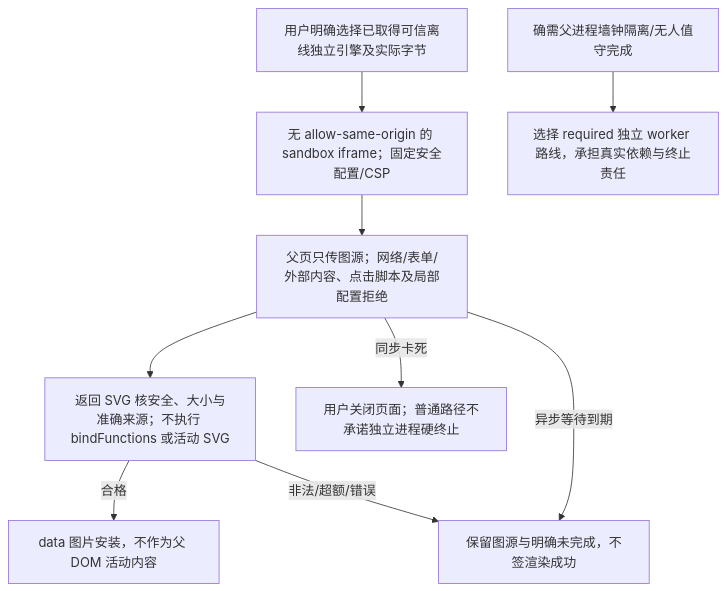
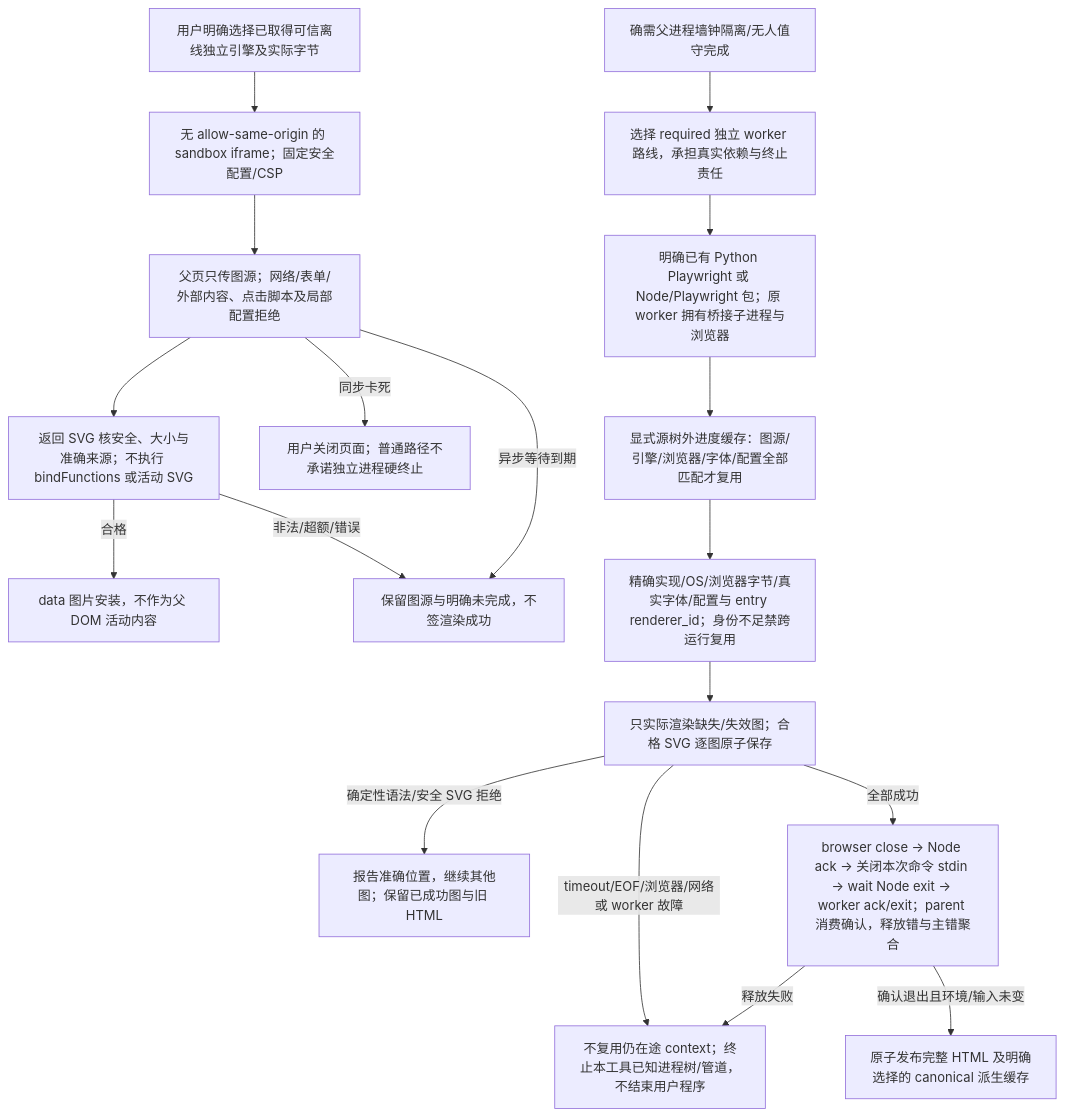
The second of 3 diagrams in docs/维护/阅读构建.md (sec-platform/sec), drawn with Mermaid before and after one commit. The commit also changed other lines of this file and 22 other files, not shown here.

First line of the commit message:
Complete Linux strict deletion recovery and render every design diagram (#857)

````diff
--- a/docs/维护/阅读构建.md
+++ b/docs/维护/阅读构建.md
@@ -65,11 +65,20 @@
 ```mermaid
 flowchart TD
   engine["用户明确选择已取得可信离线独立引擎及实际字节"] --> frame["无 allow-same-origin 的 sandbox iframe；固定安全配置/CSP"]
   frame --> render["父页只传图源；网络/表单/外部内容、点击脚本及局部配置拒绝"]
   render --> svg["返回 SVG 核安全、大小与准确来源；不执行 bindFunctions 或活动 SVG"]
   svg -->|合格| image["data 图片安装，不作为父 DOM 活动内容"]
   svg -->|非法/超额/错误| failed["保留图源与明确未完成，不签渲染成功"]
   render -->|异步等待到期| failed
   render -->|同步卡死| close["用户关闭页面；普通路径不承诺独立进程硬终止"]
   need["确需父进程墙钟隔离/无人值守完成"] --> required["选择 required 独立 worker 路线，承担真实依赖与终止责任"]
+  required --> runtime["明确已有 Python Playwright 或 Node/Playwright 包；原 worker 拥有桥接子进程与浏览器"]
+  runtime --> progress["显式源树外进度缓存：图源/引擎/浏览器/字体/配置全部匹配才复用"]
+  progress --> missing["精确实现/OS/浏览器字节/真实字体/配置与 entry renderer_id；身份不足禁跨运行复用"]
+  missing --> draw["只实际渲染缺失/失效图；合格 SVG 逐图原子保存"]
+  draw -->|确定性语法/安全 SVG 拒绝| collect["报告准确位置，继续其他图；保留已成功图与旧 HTML"]
+  draw -->|timeout/EOF/浏览器/网络或 worker 故障| stop["不复用仍在途 context；终止本工具已知进程树/管道，不结束用户程序"]
+  draw -->|全部成功| renderer_closed["browser close → Node ack → 关闭本次命令 stdin → wait Node exit → worker ack/exit；parent 消费确认，释放错与主错聚合"]
+  renderer_closed -->|释放失败| stop
+  renderer_closed -->|确认退出且环境/输入未变| publish["原子发布完整 HTML 及明确选择的 canonical 派生缓存"]
 ```
````
